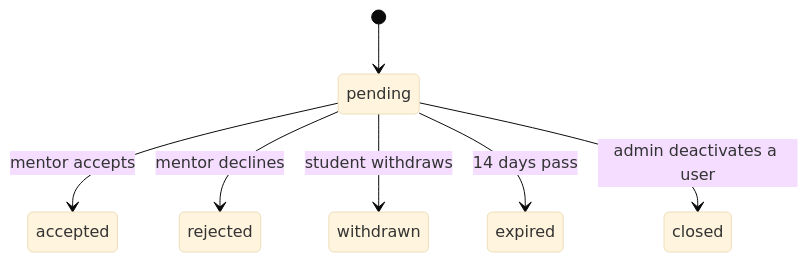
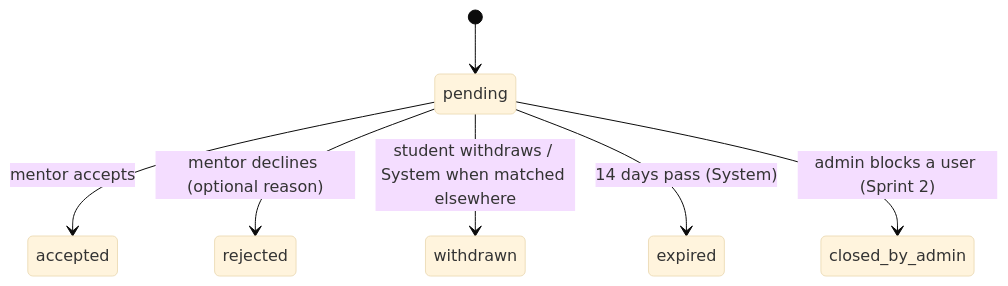
Before and after one commit to SE-SEP2026-Team-109/SE-SEP2026-Team-109: the second of 2 diagrams in Readme.md, drawn with Mermaid (base theme). The commit also changed other lines of this file and 26 other files, not shown here.

````diff
--- a/Readme.md
+++ b/Readme.md
@@ -121,9 +131,9 @@
 ```mermaid
 stateDiagram-v2
     [*] --> pending
     pending --> accepted: mentor accepts
-    pending --> rejected: mentor declines
-    pending --> withdrawn: student withdraws
-    pending --> expired: 14 days pass
-    pending --> closed: admin deactivates a user
+    pending --> rejected: mentor declines (optional reason)
+    pending --> withdrawn: student withdraws / System when matched elsewhere
+    pending --> expired: 14 days pass (System)
+    pending --> closed_by_admin: admin blocks a user (Sprint 2)
 ```
````
